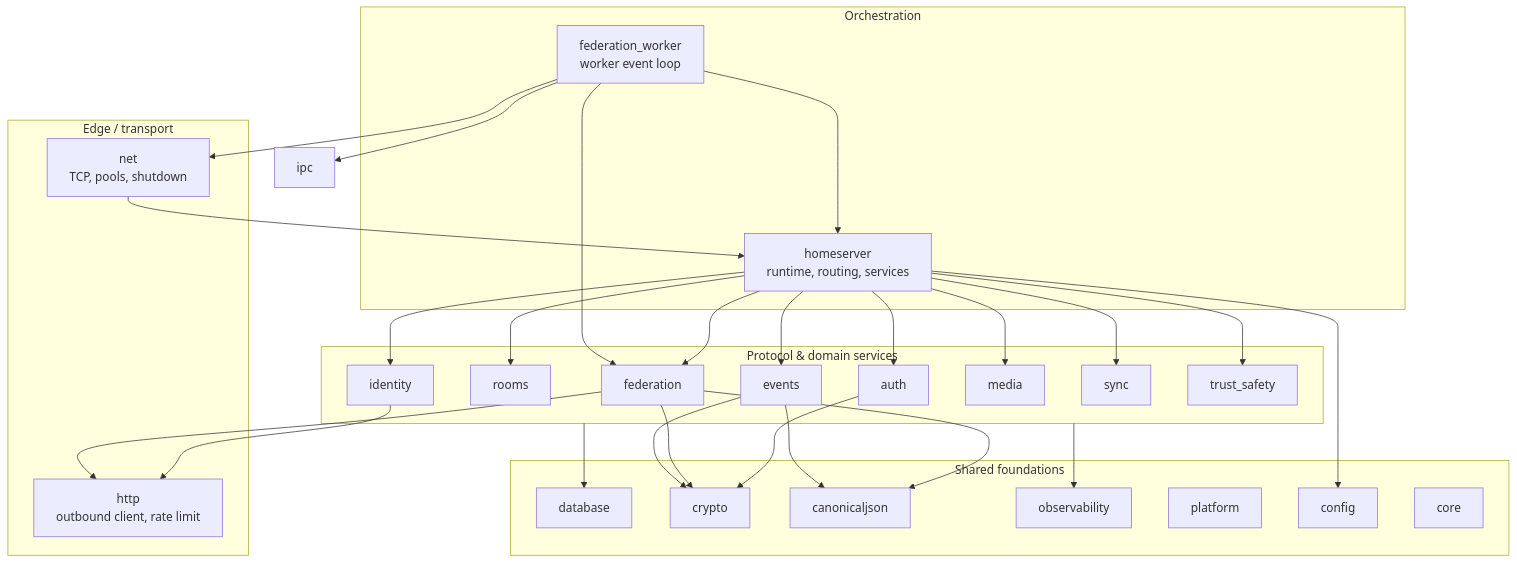
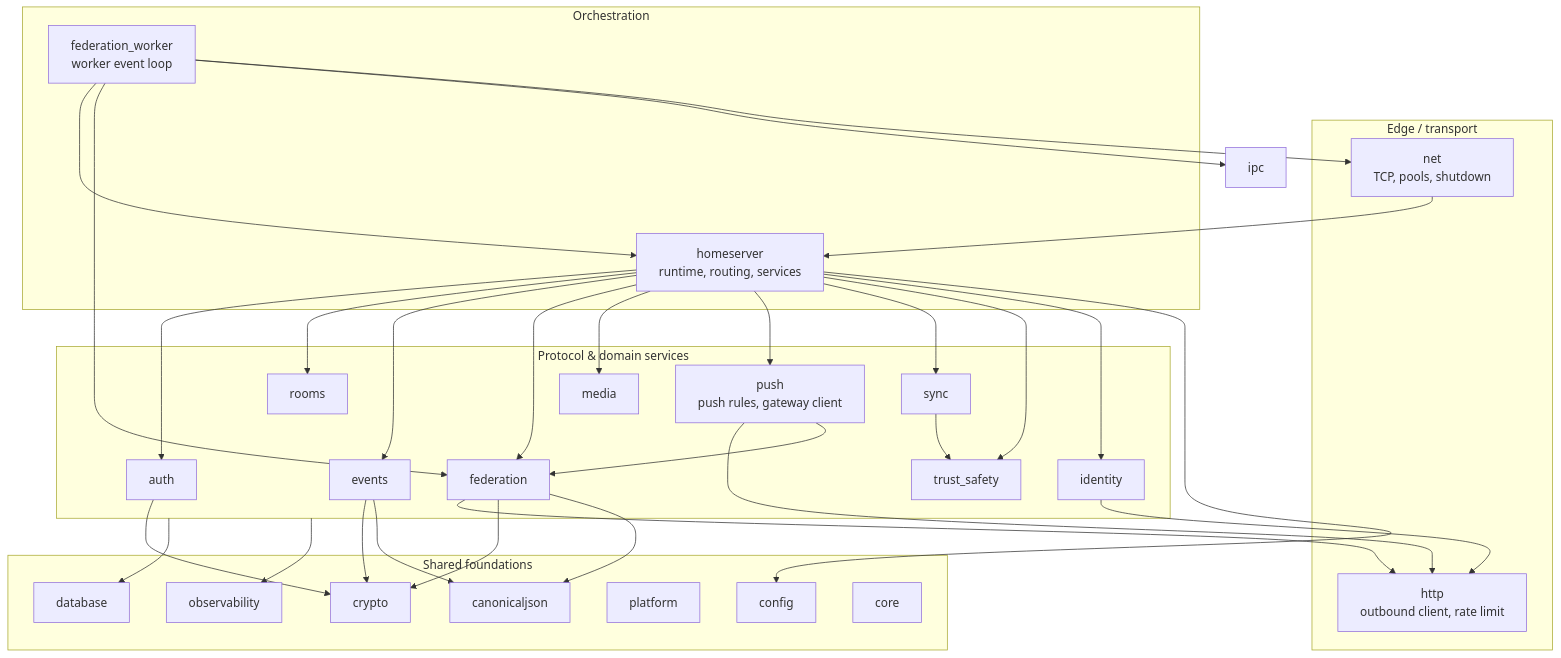
One commit to OMG-Software/Merovingian changed the second of 6 diagrams in docs/architecture.md. Above: the diagram before and after it, drawn with Mermaid. The commit also changed other lines of this file and 97 other files, not shown here.

````diff
--- a/docs/architecture.md
+++ b/docs/architecture.md
@@ -90,42 +90,45 @@
 ```mermaid
 flowchart TB
     subgraph edge["Edge / transport"]
         net["net<br/>TCP, pools, shutdown"]
         http["http<br/>outbound client, rate limit"]
     end
     subgraph orchestration["Orchestration"]
         homeserver["homeserver<br/>runtime, routing, services"]
         fedworker_mod["federation_worker<br/>worker event loop"]
     end
     subgraph services["Protocol & domain services"]
         auth["auth"]
         rooms["rooms"]
         events["events"]
         federation["federation"]
         identity["identity"]
         media["media"]
+        push["push<br/>push rules, gateway client"]
         sync["sync"]
         trust_safety["trust_safety"]
     end
     subgraph foundations["Shared foundations"]
         database["database"]
         crypto["crypto"]
         canonicaljson["canonicaljson"]
         observability["observability"]
         platform["platform"]
         config["config"]
         core["core"]
     end
 
     net --> homeserver
     fedworker_mod --> homeserver & federation & ipc & net
-    homeserver --> auth & rooms & events & federation & media & sync & trust_safety & identity
+    homeserver --> auth & rooms & events & federation & media & push & sync & trust_safety & identity
     federation --> http
     identity --> http
+    push --> http & federation
+    sync --> trust_safety
     services --> database
     events --> crypto & canonicaljson
     federation --> crypto & canonicaljson
     auth --> crypto
     services --> observability
     homeserver --> config
 ```
````
